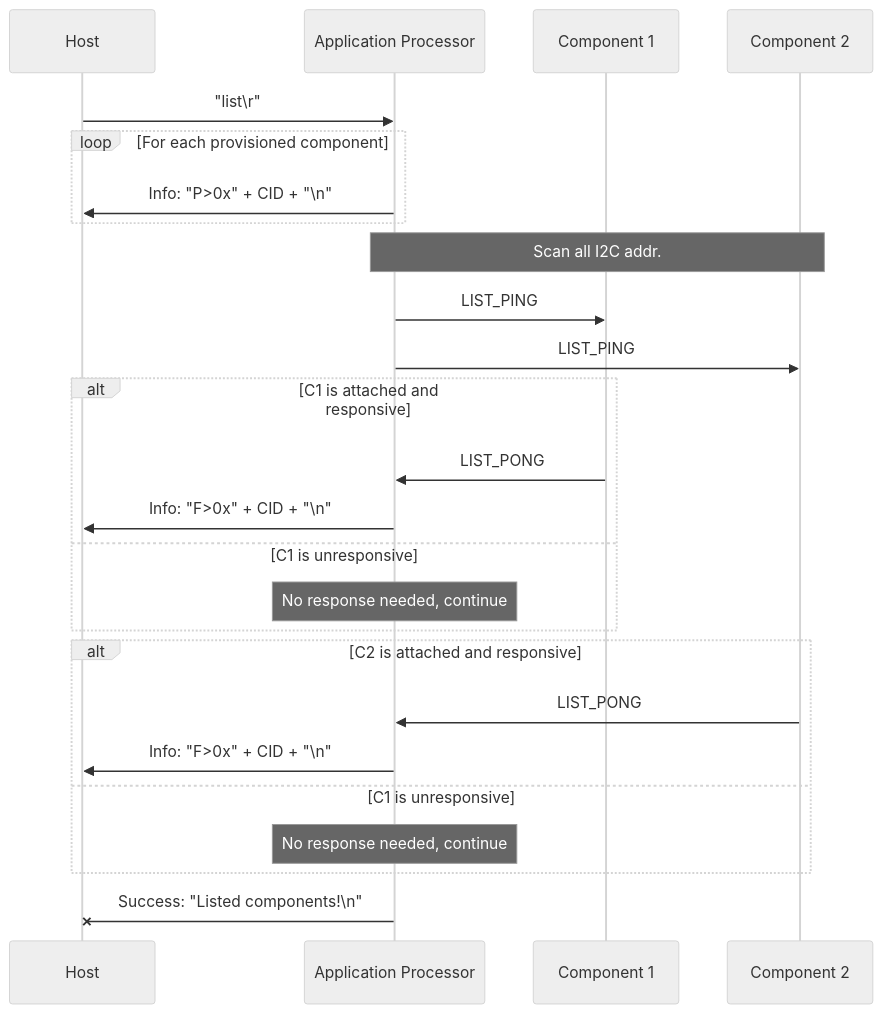
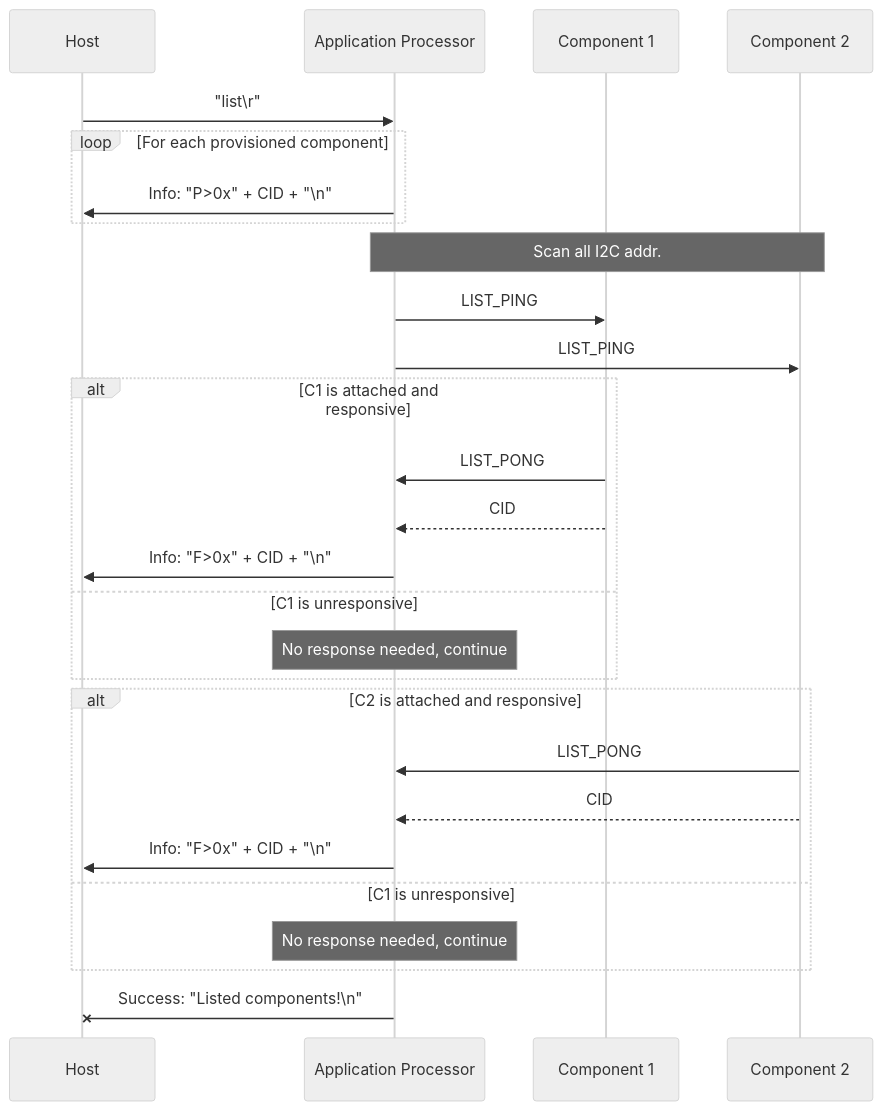
Before and after one commit to sigpwny/2024-ectf-uiuc: the first of 4 diagrams in docs/misc_protocol.md, drawn with Mermaid (neutral theme).

````diff
--- a/docs/misc_protocol.md
+++ b/docs/misc_protocol.md
@@ -14,27 +14,29 @@
 ```mermaid
 sequenceDiagram
   participant H as Host
   participant AP as Application Processor
   participant C1 as Component 1
   participant C2 as Component 2
   H ->> AP: "list\r"
   loop For each provisioned component
     AP ->> H: Info: "P>0x" + CID + "\n"
   end
   Note over AP,C2: Scan all I2C addr.
   AP ->> C1: LIST_PING
   AP ->> C2: LIST_PING
   alt C1 is attached and responsive
     C1 ->> AP: LIST_PONG
+    C1 -->> AP: CID
     AP ->> H: Info: "F>0x" + CID + "\n"
   else C1 is unresponsive
     Note over AP: No response needed, continue
   end
   alt C2 is attached and responsive
     C2 ->> AP: LIST_PONG
+    C2 -->> AP: CID
     AP ->> H: Info: "F>0x" + CID + "\n"
   else C1 is unresponsive
     Note over AP: No response needed, continue
   end
   AP -x H: Success: "Listed components!\n"
 ```
````
